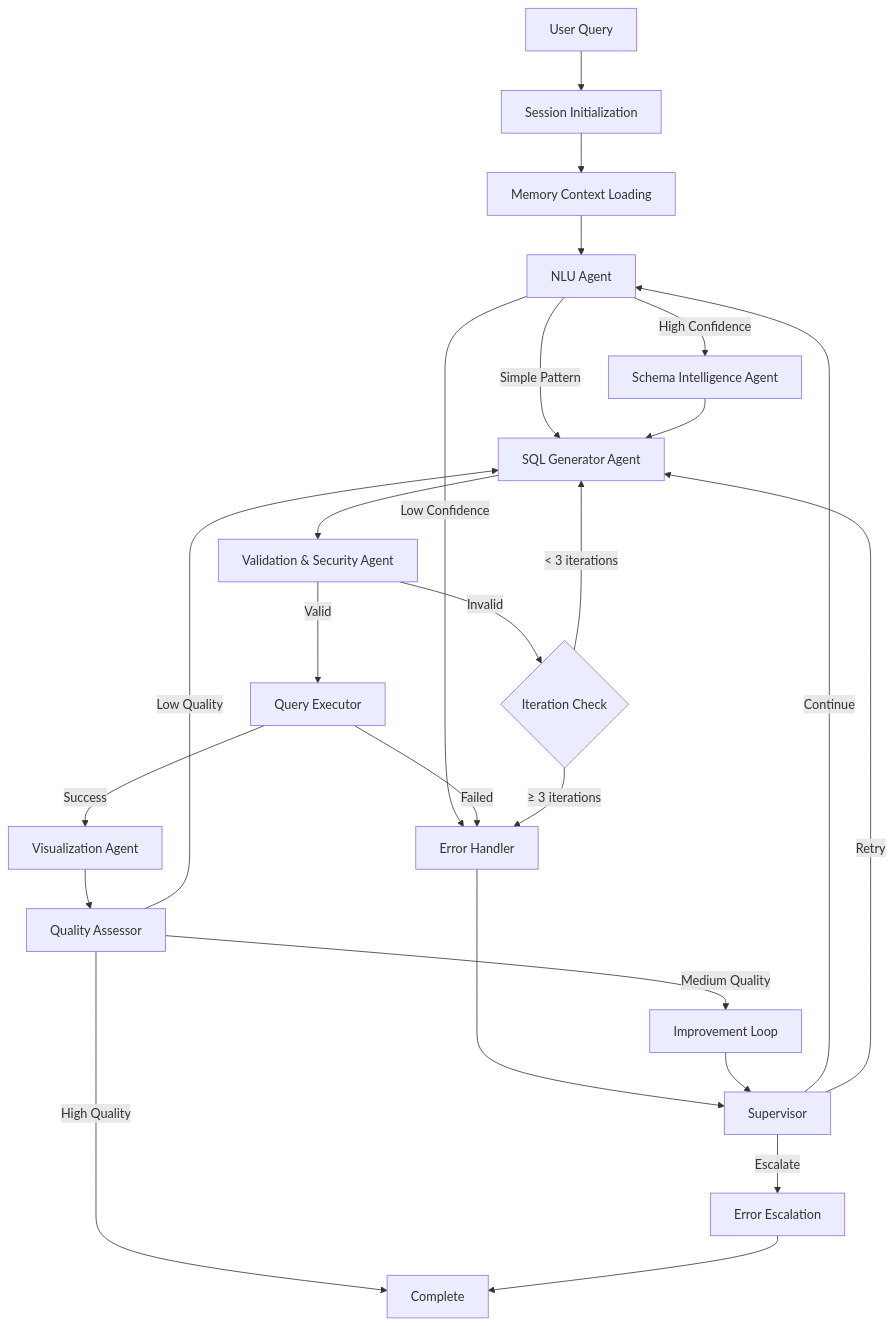
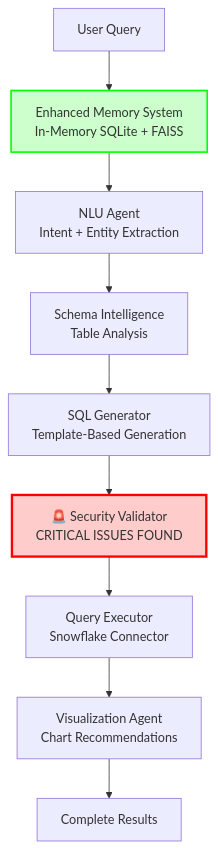
The first of 3 diagrams in WORKFLOW.md (Ab2021/infra), drawn with Mermaid before and after one commit. The commit also changed other lines of this file and 4 other files, not shown here.

Commit message:
added sqlite and faiss v3

````diff
--- a/WORKFLOW.md
+++ b/WORKFLOW.md
@@ -23,34 +33,22 @@
 ```mermaid
 graph TD
-    A[User Query] --> B[Session Initialization]
-    B --> C[Memory Context Loading]
-    C --> D[NLU Agent]
+    A[User Query] --> B[Enhanced Memory System]
+    B --> C[NLU Agent]
+    C --> D[Schema Intelligence Agent]
+    D --> E[SQL Generator Agent]
+    E --> F[🚨 Validation & Security Agent]
+    F --> G[Query Executor]
+    G --> H[Visualization Agent]
+    H --> I[Complete Results]
     
-    D -->|High Confidence| E[Schema Intelligence Agent]
-    D -->|Simple Pattern| F[SQL Generator Agent]
-    D -->|Low Confidence| G[Error Handler]
+    B[Enhanced Memory System<br/>In-Memory SQLite + FAISS]
+    C[NLU Agent<br/>Intent + Entity Extraction]
+    D[Schema Intelligence<br/>Table Analysis]
+    E[SQL Generator<br/>Template-Based Generation]
+    F[🚨 Security Validator<br/>CRITICAL ISSUES FOUND]
+    G[Query Executor<br/>Snowflake Connector]
+    H[Visualization Agent<br/>Chart Recommendations]
     
-    E --> F[SQL Generator Agent]
-    F --> H[Validation & Security Agent]
-    H -->|Valid| I[Query Executor]
-    H -->|Invalid| J{Iteration Check}
-    
-    I -->|Success| K[Visualization Agent]
-    I -->|Failed| G
-    
-    K --> L[Quality Assessor]
-    L -->|High Quality| M[Complete]
-    L -->|Medium Quality| N[Improvement Loop]
-    L -->|Low Quality| F
-    
-    G --> O[Supervisor]
-    O -->|Continue| D
-    O -->|Retry| F
-    O -->|Escalate| P[Error Escalation]
-    
-    J -->|< 3 iterations| F
-    J -->|≥ 3 iterations| G
-    
-    N --> O
-    P --> M
+    style F fill:#ffcccc,stroke:#ff0000,stroke-width:3px
+    style B fill:#ccffcc,stroke:#00ff00,stroke-width:2px
 ```
````
